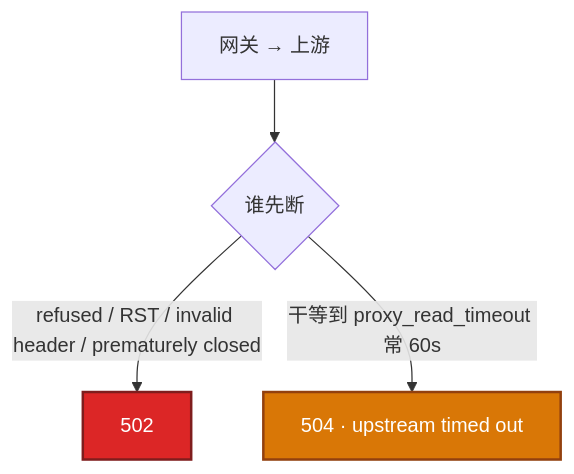
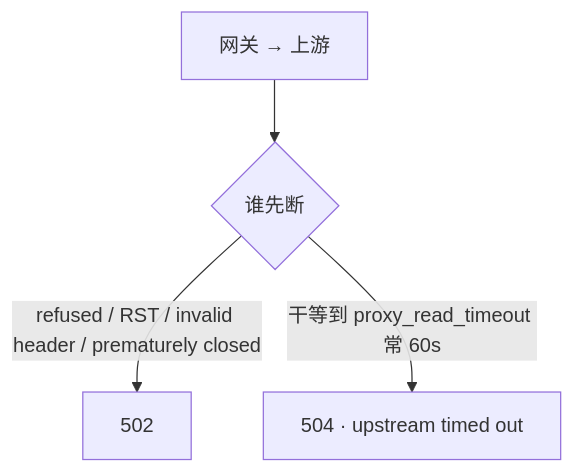
The first of 4 diagrams in 01-基础底座/14-HTTP与TLS/练习题.md (ml-cuizijun/LearnToLilith), drawn with Mermaid before and after one commit. The commit also changed other lines of this file and 470 other files, not shown here.

````diff
--- a/01-基础底座/14-HTTP与TLS/练习题.md
+++ b/01-基础底座/14-HTTP与TLS/练习题.md
@@ -47,10 +50,8 @@
 ```mermaid
 flowchart TB
     A[网关 → 上游] --> B{谁先断}
     B -->|refused / RST / invalid header / prematurely closed| C[502]
     B -->|干等到 proxy_read_timeout 常 60s| D[504 · upstream timed out]
-    classDef a fill:#DC2626,stroke:#7F1D1D,stroke-width:2px,color:#fff
-    classDef b fill:#D97706,stroke:#92400E,stroke-width:2px,color:#fff
     class C a
     class D b
 ```
````
